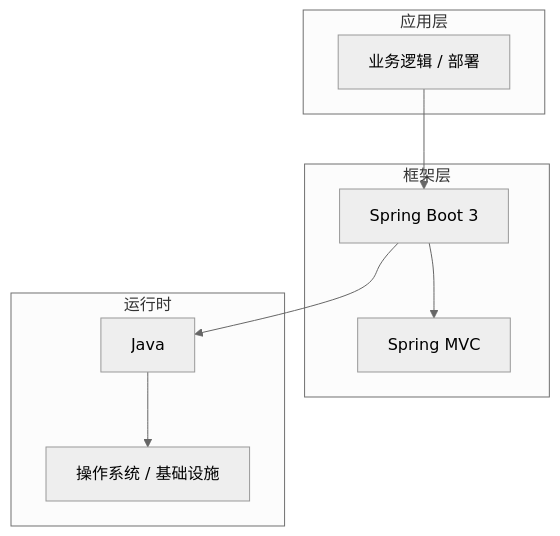
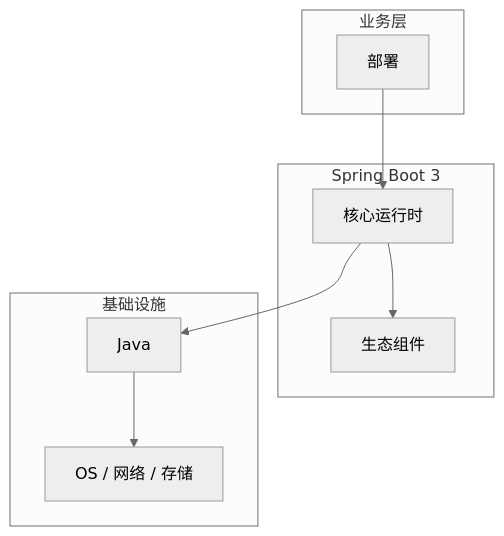
The diagram in articles/Spring Boot/chapters/100-部署核心概念与原理.md (yanggan2015/knowledge-json-v2), drawn with Mermaid (neutral theme) before and after one commit. The commit also changed other lines of this file and 10127 other files, not shown here.

````diff
--- a/articles/Spring Boot/chapters/100-部署核心概念与原理.md
+++ b/articles/Spring Boot/chapters/100-部署核心概念与原理.md
@@ -45,18 +34,18 @@
 ```mermaid
 graph TB
-    subgraph 应用层
-        A[业务逻辑 / 部署]
+    subgraph 业务层
+        A[部署]
     end
-    subgraph 框架层
-        B[Spring Boot 3]
-        C[Spring MVC]
+    subgraph Spring Boot 3
+        B[核心运行时]
+        C[生态组件]
     end
-    subgraph 运行时
+    subgraph 基础设施
         D[Java]
-        E[操作系统 / 基础设施]
+        E[OS / 网络 / 存储]
     end
     A --> B
     B --> C
     B --> D
     D --> E
 ```
````
